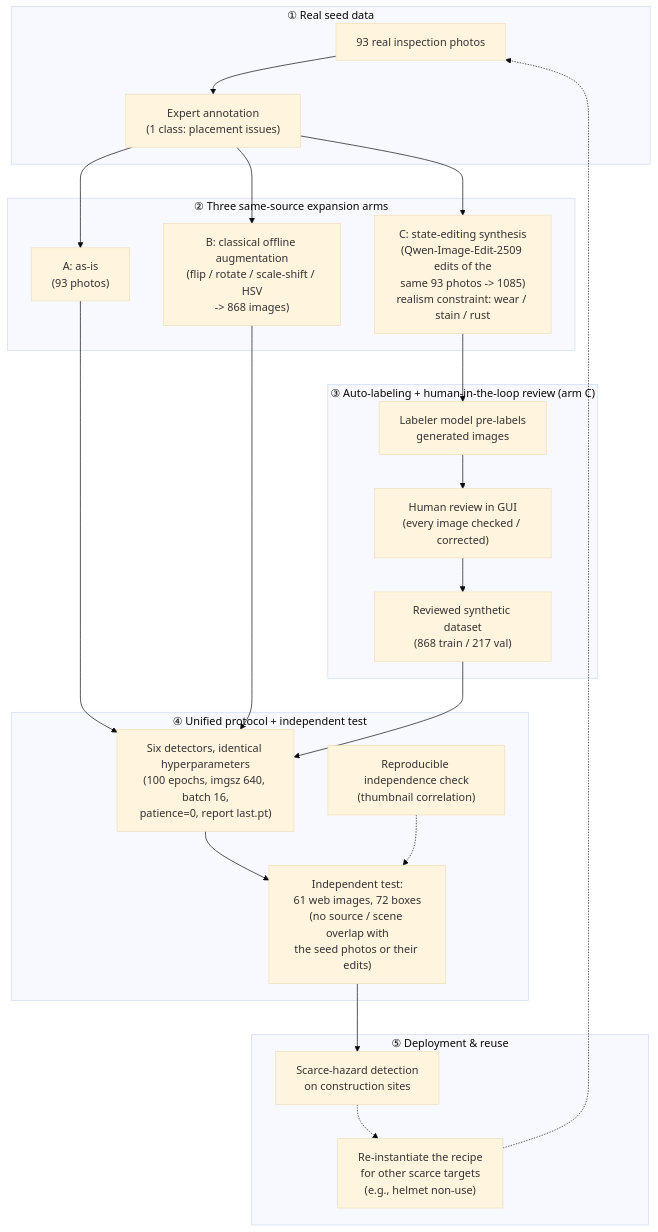
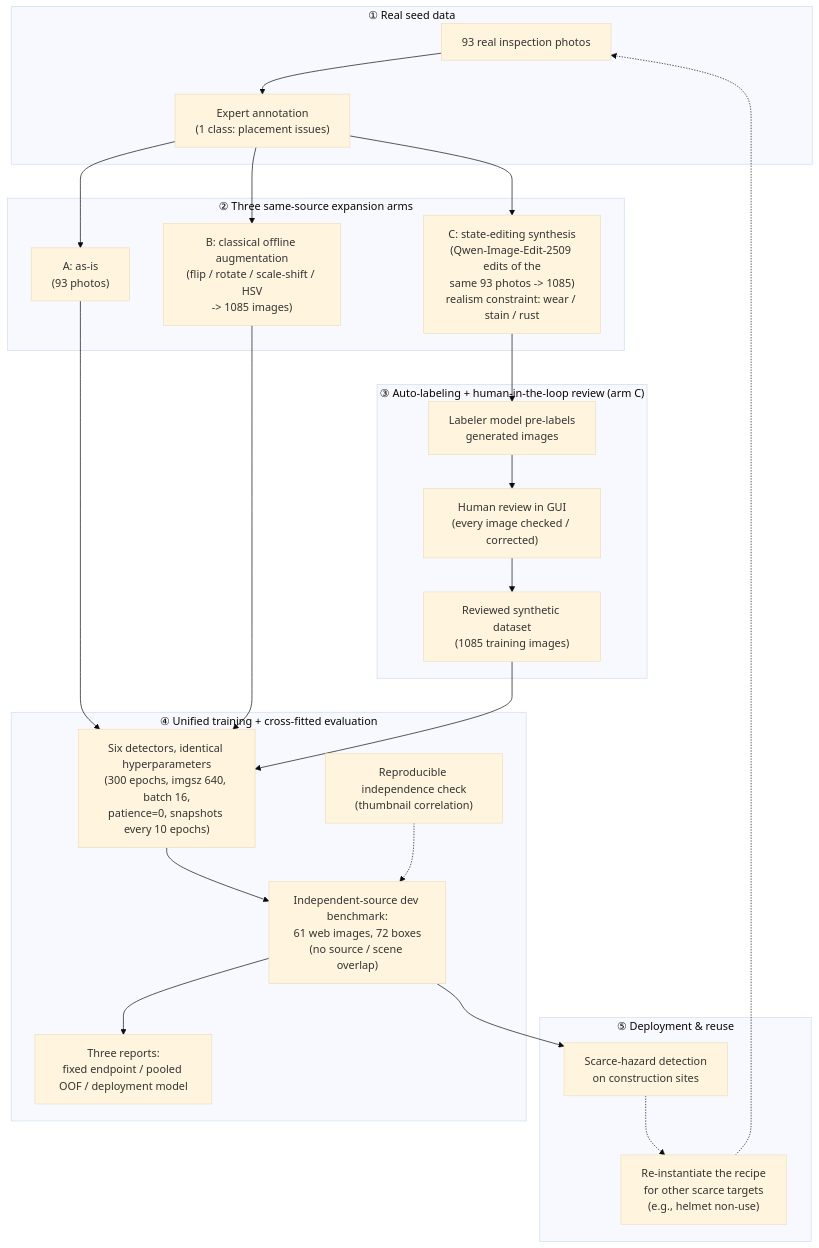
Before and after one commit to ReedZhang47/gas-cylinder-yolo: the diagram in paper/fig1_pipeline.md, drawn with Mermaid (base theme). The commit also changed other lines of this file and 35 other files, not shown here.

````diff
--- a/paper/fig1_pipeline.md
+++ b/paper/fig1_pipeline.md
@@ -7,46 +7,47 @@
 ```mermaid
 flowchart TD
     subgraph SEED["① Real seed data"]
         R1["93 real inspection photos"] --> R2["Expert annotation<br/>(1 class: placement issues)"]
     end
 
     subgraph EXPAND["② Three same-source expansion arms"]
         A1["A: as-is<br/>(93 photos)"]
-        A2["B: classical offline augmentation<br/>(flip / rotate / scale-shift / HSV<br/>-> 868 images)"]
+        A2["B: classical offline augmentation<br/>(flip / rotate / scale-shift / HSV<br/>-> 1085 images)"]
         A3["C: state-editing synthesis<br/>(Qwen-Image-Edit-2509 edits of the<br/>same 93 photos -> 1085)<br/>realism constraint: wear / stain / rust"]
     end
 
     subgraph REV["③ Auto-labeling + human-in-the-loop review (arm C)"]
         L1["Labeler model pre-labels<br/>generated images"]
         L1 --> L2["Human review in GUI<br/>(every image checked / corrected)"]
-        L2 --> D1["Reviewed synthetic dataset<br/>(868 train / 217 val)"]
+        L2 --> D1["Reviewed synthetic dataset<br/>(1085 training images)"]
     end
 
-    subgraph EVAL["④ Unified protocol + independent test"]
-        T1["Six detectors, identical hyperparameters<br/>(100 epochs, imgsz 640, batch 16,<br/>patience=0, report last.pt)"]
-        T2["Independent test:<br/>61 web images, 72 boxes<br/>(no source / scene overlap with<br/>the seed photos or their edits)"]
+    subgraph EVAL["④ Unified training + cross-fitted evaluation"]
+        T1["Six detectors, identical hyperparameters<br/>(300 epochs, imgsz 640, batch 16,<br/>patience=0, snapshots every 10 epochs)"]
+        T2["Independent-source dev benchmark:<br/>61 web images, 72 boxes<br/>(no source / scene overlap)"]
+        T4["Three reports:<br/>fixed endpoint / pooled OOF / deployment model"]
         T3["Reproducible independence check<br/>(thumbnail correlation)"]
-        T1 --> T2
+        T1 --> T2 --> T4
         T3 -.-> T2
     end
 
     subgraph USE["⑤ Deployment & reuse"]
         U1["Scarce-hazard detection<br/>on construction sites"]
         U2["Re-instantiate the recipe<br/>for other scarce targets<br/>(e.g., helmet non-use)"]
     end
 
     R2 --> A1
     R2 --> A2
     R2 --> A3
     A1 --> T1
     A2 --> T1
     A3 --> L1
     D1 --> T1
     T2 --> U1
     U1 -.-> U2
     U2 -.-> R1
 
     %% dashed = check / optional / later-stage connections
     %% ②-to-③ pipeline is the contribution: generated images are never used
     %% untagged -> auto-label -> 100% human review is the quality gate.
 ```
````
